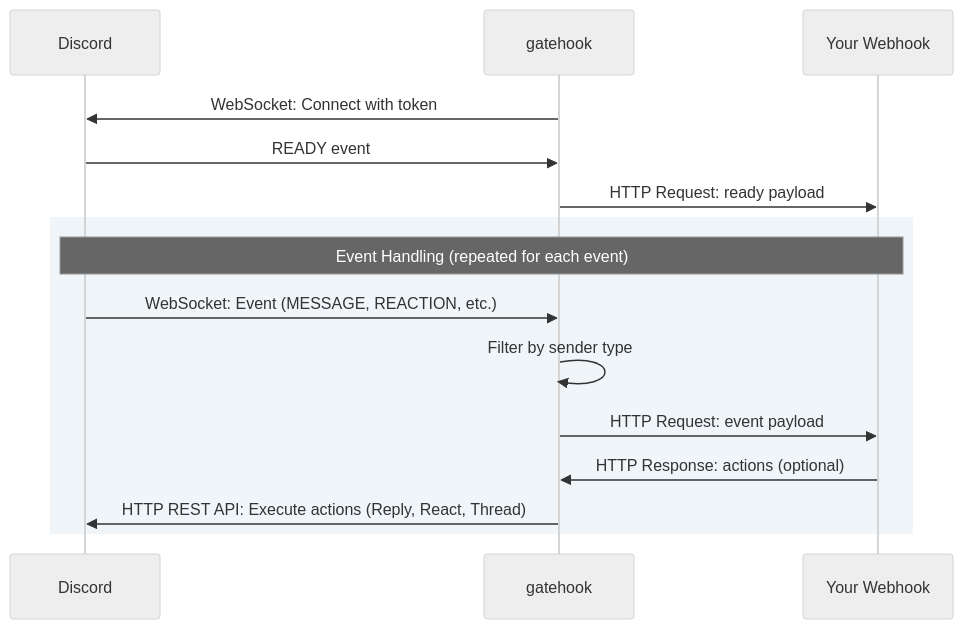
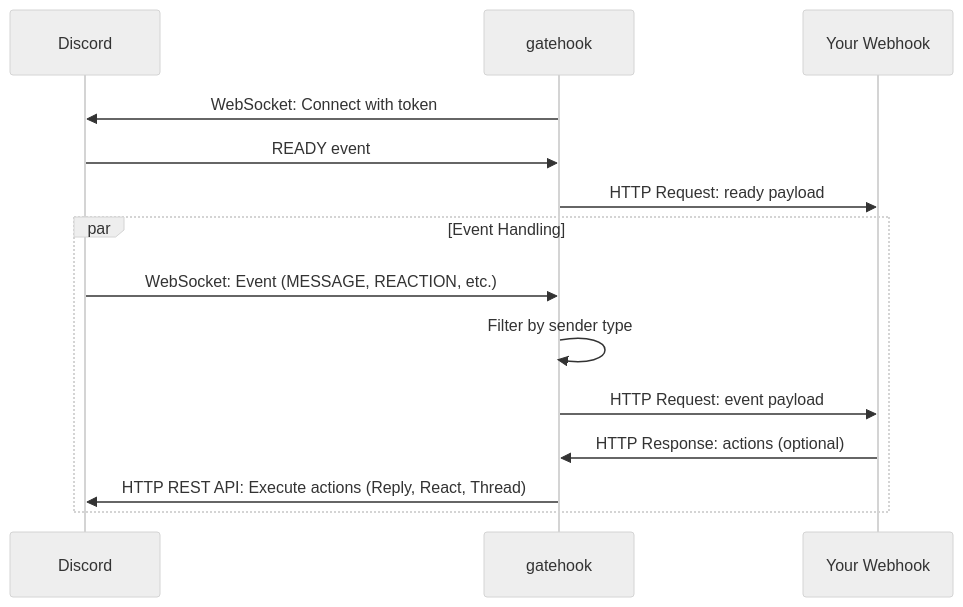
Before and after one commit to a24k/gatehook: the diagram in README.md, drawn with Mermaid (neutral theme).

Commit message:
docs: Use par block for event handling section
Changed from rect to par block to achieve the same visual style
as opt/loop blocks (label in top-left corner). This provides
clearer visual separation between startup and event handling.

🤖 Generated with [Claude Code](https://claude.com/claude-code)

````diff
--- a/README.md
+++ b/README.md
@@ -20,19 +20,18 @@
 ```mermaid
 sequenceDiagram
     participant Discord
     participant gatehook
     participant Your Webhook
 
     gatehook->>Discord: WebSocket: Connect with token
     Discord->>gatehook: READY event
     gatehook->>Your Webhook: HTTP Request: ready payload
 
-    rect rgb(240, 245, 250)
-        Note over Discord,Your Webhook: Event Handling (repeated for each event)
+    par Event Handling
         Discord->>gatehook: WebSocket: Event (MESSAGE, REACTION, etc.)
         gatehook->>gatehook: Filter by sender type
         gatehook->>Your Webhook: HTTP Request: event payload
         Your Webhook->>gatehook: HTTP Response: actions (optional)
         gatehook->>Discord: HTTP REST API: Execute actions (Reply, React, Thread)
     end
 ```
````
